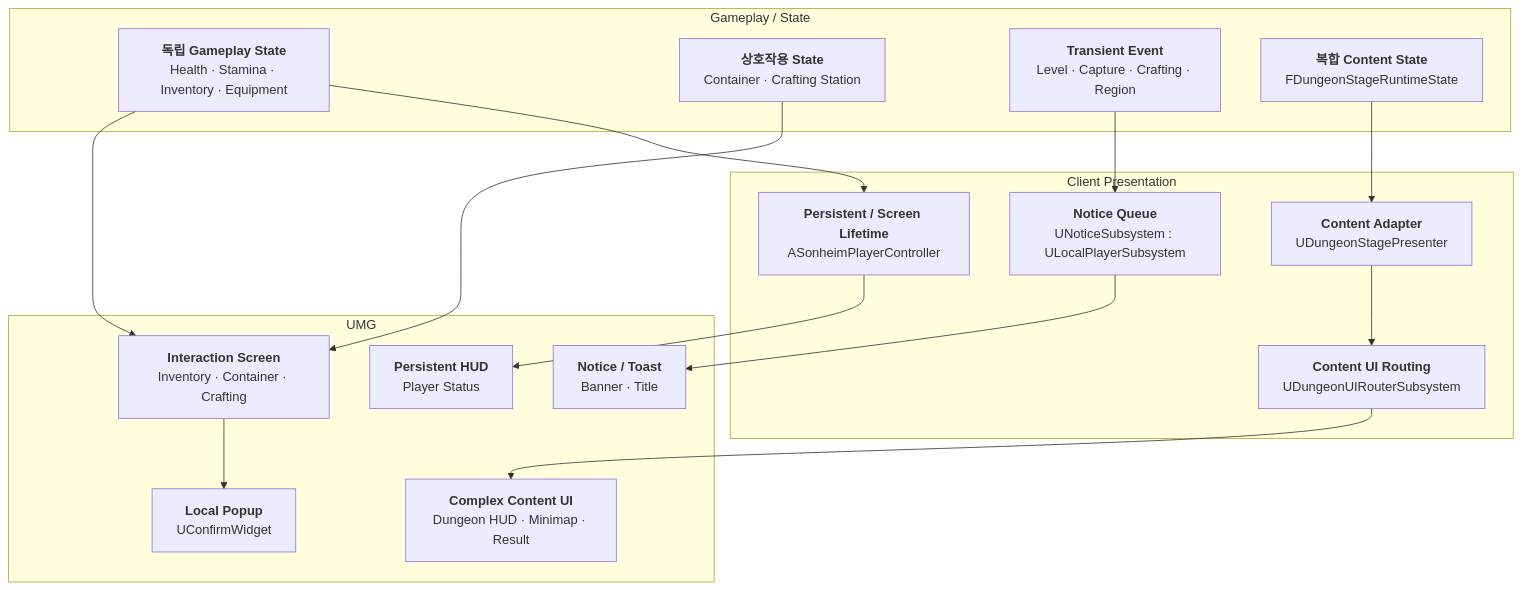
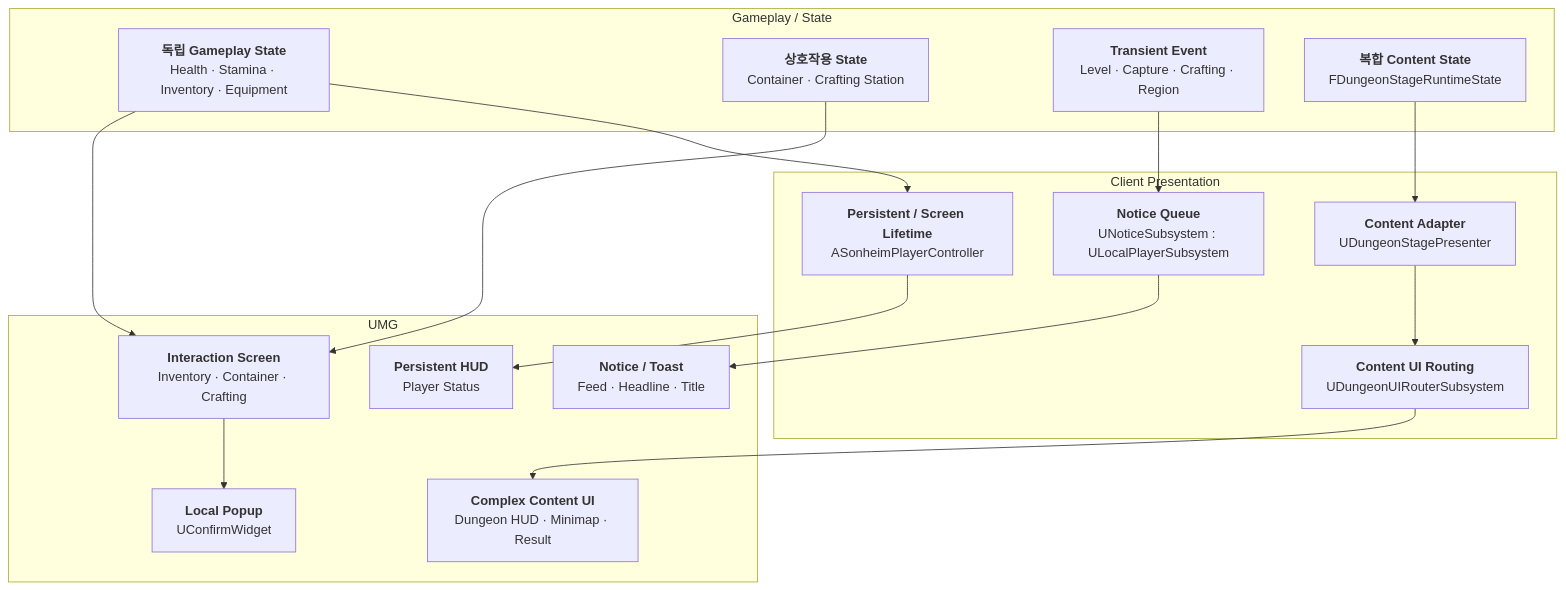
One commit to chungheonLee0325/Sonheim changed the first of 4 diagrams in Doc/Wiki/11_Client_State_Presentation_Pipeline.md. Above: the diagram before and after it, drawn with Mermaid. The commit also changed other lines of this file and 7 other files, not shown here.

```diff
--- a/Doc/Wiki/11_Client_State_Presentation_Pipeline.md
+++ b/Doc/Wiki/11_Client_State_Presentation_Pipeline.md
@@ -41,31 +41,31 @@
 ~~~mermaid
 flowchart TB
     subgraph SOURCE["Gameplay / State"]
         COMP["<b>독립 Gameplay State</b><br/>Health · Stamina · Inventory · Equipment"]
         WORLD["<b>상호작용 State</b><br/>Container · Crafting Station"]
         EVENT["<b>Transient Event</b><br/>Level · Capture · Crafting · Region"]
         SNAP["<b>복합 Content State</b><br/>FDungeonStageRuntimeState"]
     end
 
     subgraph PRESENT["Client Presentation"]
         CTRL["<b>Persistent / Screen Lifetime</b><br/>ASonheimPlayerController"]
         NOTICE["<b>Notice Queue</b><br/>UNoticeSubsystem : ULocalPlayerSubsystem"]
         PRESENTER["<b>Content Adapter</b><br/>UDungeonStagePresenter"]
         ROUTER["<b>Content UI Routing</b><br/>UDungeonUIRouterSubsystem"]
     end
 
     subgraph UMG["UMG"]
         HUD["<b>Persistent HUD</b><br/>Player Status"]
         SCREEN["<b>Interaction Screen</b><br/>Inventory · Container · Crafting"]
         POPUP["<b>Local Popup</b><br/>UConfirmWidget"]
-        TOAST["<b>Notice / Toast</b><br/>Banner · Title"]
+        TOAST["<b>Notice / Toast</b><br/>Feed · Headline · Title"]
         CONTENT["<b>Complex Content UI</b><br/>Dungeon HUD · Minimap · Result"]
     end
 
     COMP --> CTRL --> HUD
     COMP --> SCREEN
     WORLD --> SCREEN
     SCREEN --> POPUP
     EVENT --> NOTICE --> TOAST
     SNAP --> PRESENTER --> ROUTER --> CONTENT
 ~~~
```
